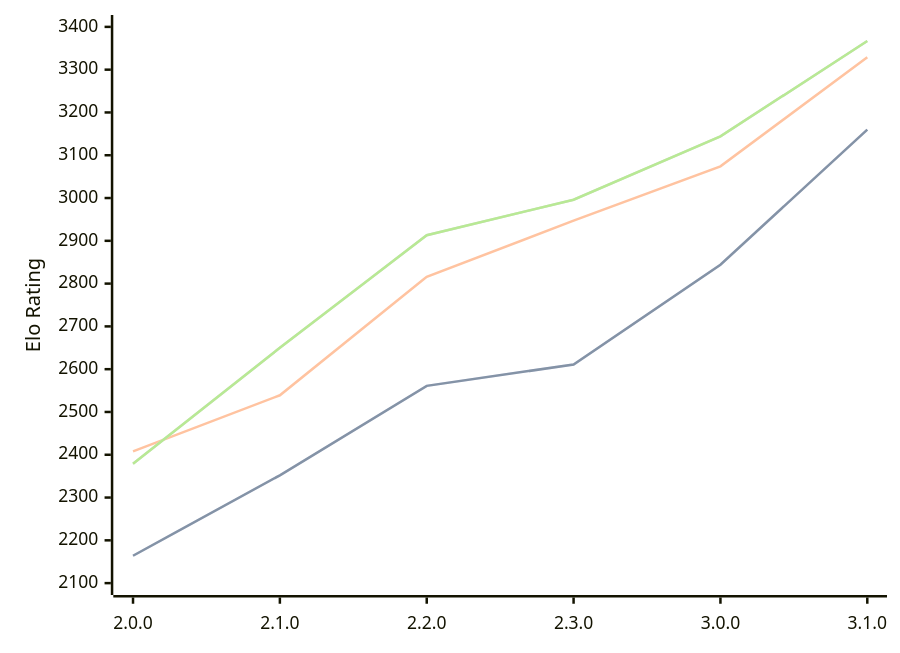
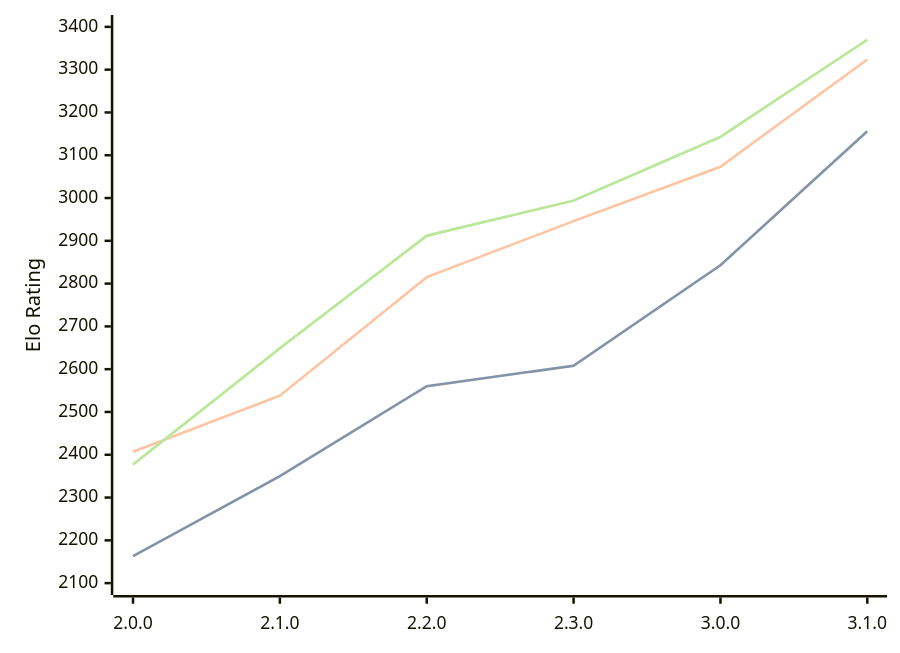
One commit to computer-chess-index/cci changed the diagram in engines/Raphael.md. Above: the diagram before and after it, drawn with Mermaid. The commit also changed other lines of this file, not shown here.

Commit message:
Update CCI Ratings (ELO VLTC) - 2026-03-12

````diff
--- a/engines/Raphael.md
+++ b/engines/Raphael.md
@@ -46,11 +46,11 @@
 ```mermaid
 %%{init: {"theme":"base","themeVariables":{"seriesColors:['#a3a3a3','#222221','#faa371']}}}%%
 xychart-beta
   x-axis ["2.0.0", "2.1.0", "2.2.0", "2.3.0", "3.0.0", "3.1.0"]
   y-axis "Elo Rating" 2100 --> 3400
-  line "STC (8.0+0.08s)" [2164, 2352, 2561, 2611, 2844, 3160]
-  line "STC (8.0+0.08s)" [2164, 2352, 2561, 2611, 2844, 3160]
-  line "LTC (60.0+0.60s)" [2408, 2539, 2816, 2947, 3074, 3329]
-  line "VLTC (2m24s+1.12s)" [2379, 2650, 2913, 2996, 3144, 3367]
-  line "VLTC (2m24s+1.12s)" [2379, 2650, 2913, 2996, 3144, 3367]
+  line "STC (8.0+0.08s)" [2163, 2350, 2560, 2608, 2843, 3156]
+  line "STC (8.0+0.08s)" [2163, 2350, 2560, 2608, 2843, 3156]
+  line "LTC (60.0+0.60s)" [2407, 2538, 2815, 2946, 3073, 3324]
+  line "VLTC (2m24s+1.12s)" [2377, 2649, 2912, 2994, 3143, 3370]
+  line "VLTC (2m24s+1.12s)" [2377, 2649, 2912, 2994, 3143, 3370]
 ```
````
